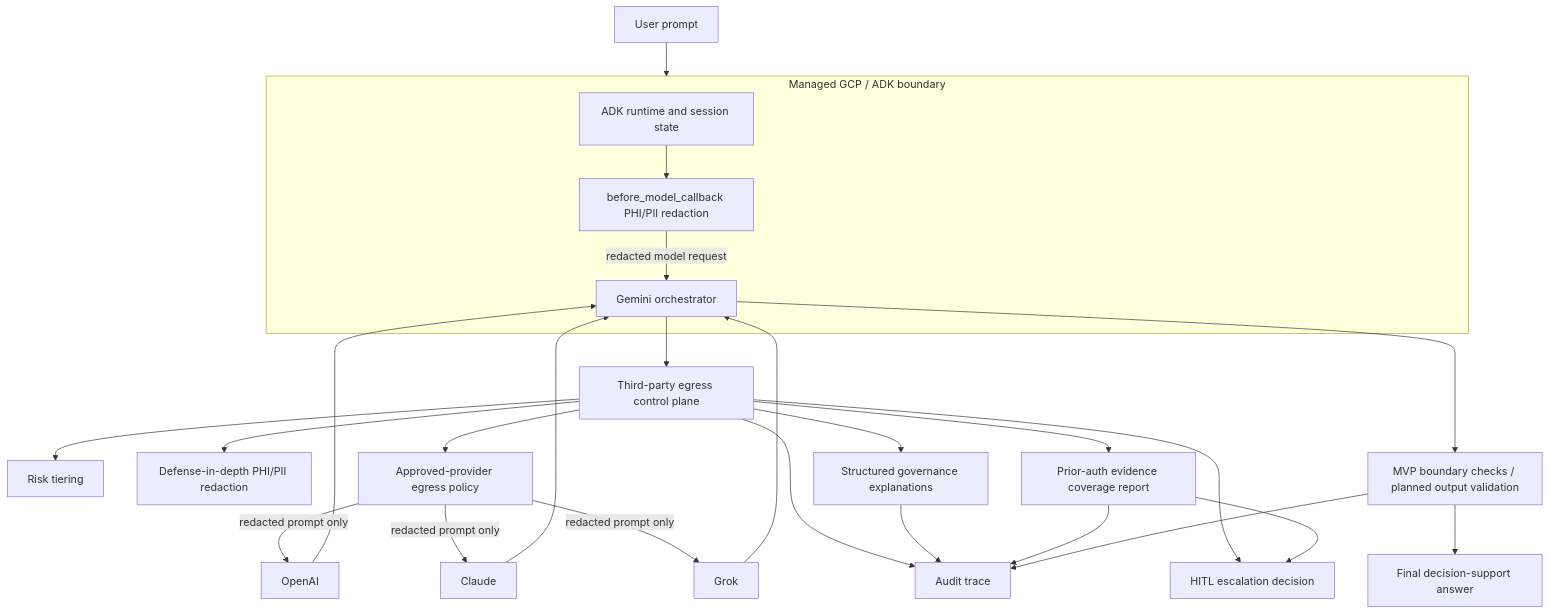
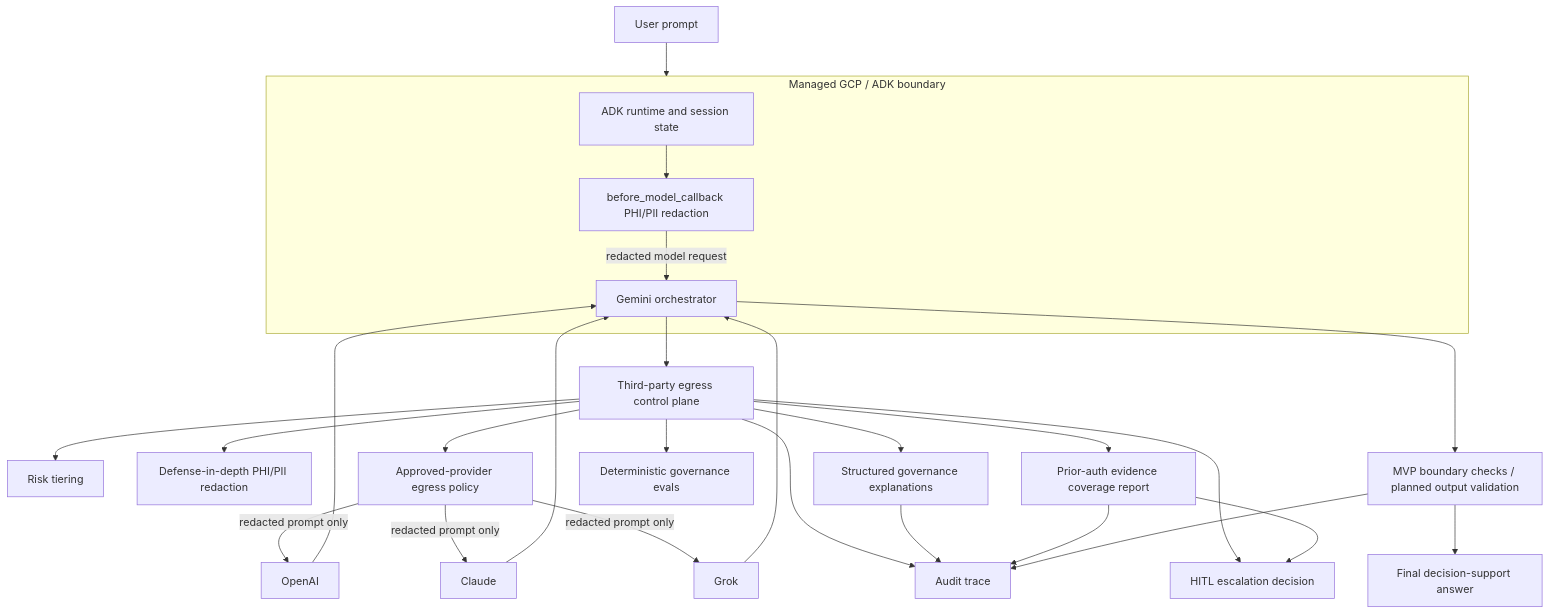
One commit to acblabs/multi_llm changed the diagram in docs/architecture.md. Above: the diagram before and after it, drawn with Mermaid. The commit also changed other lines of this file and 20 other files, not shown here.

Commit message:
Implement deterministic governance evals

````diff
--- a/docs/architecture.md
+++ b/docs/architecture.md
@@ -3,31 +3,32 @@
 ```mermaid
 flowchart TD
     U[User prompt] --> BAA
     subgraph BAA[Managed GCP / ADK boundary]
         ADK[ADK runtime and session state]
         PR[before_model_callback PHI/PII redaction]
         GEM[Gemini orchestrator]
         ADK --> PR
         PR -->|redacted model request| GEM
     end
     GEM --> G[Third-party egress control plane]
     G --> R[Risk tiering]
     G --> P[Defense-in-depth PHI/PII redaction]
     G --> E[Approved-provider egress policy]
     G --> EX[Structured governance explanations]
     G --> EC[Prior-auth evidence coverage report]
     G --> H[HITL escalation decision]
     G --> A[Audit trace]
+    G --> EV[Deterministic governance evals]
     EX --> A
     EC --> A
     EC --> H
     E -->|redacted prompt only| O[OpenAI]
     E -->|redacted prompt only| C[Claude]
     E -->|redacted prompt only| X[Grok]
     O --> GEM
     C --> GEM
     X --> GEM
     GEM --> V[MVP boundary checks / planned output validation]
     V --> A
     V --> F[Final decision-support answer]
 ```
````
